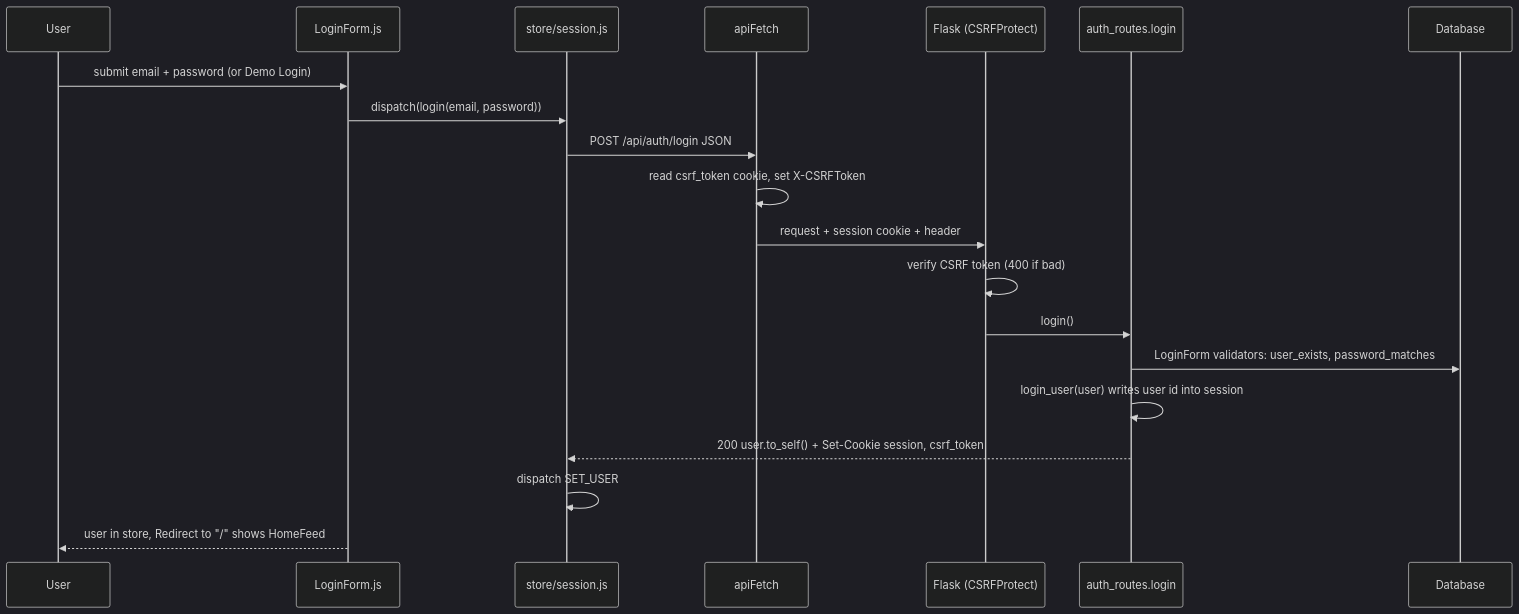
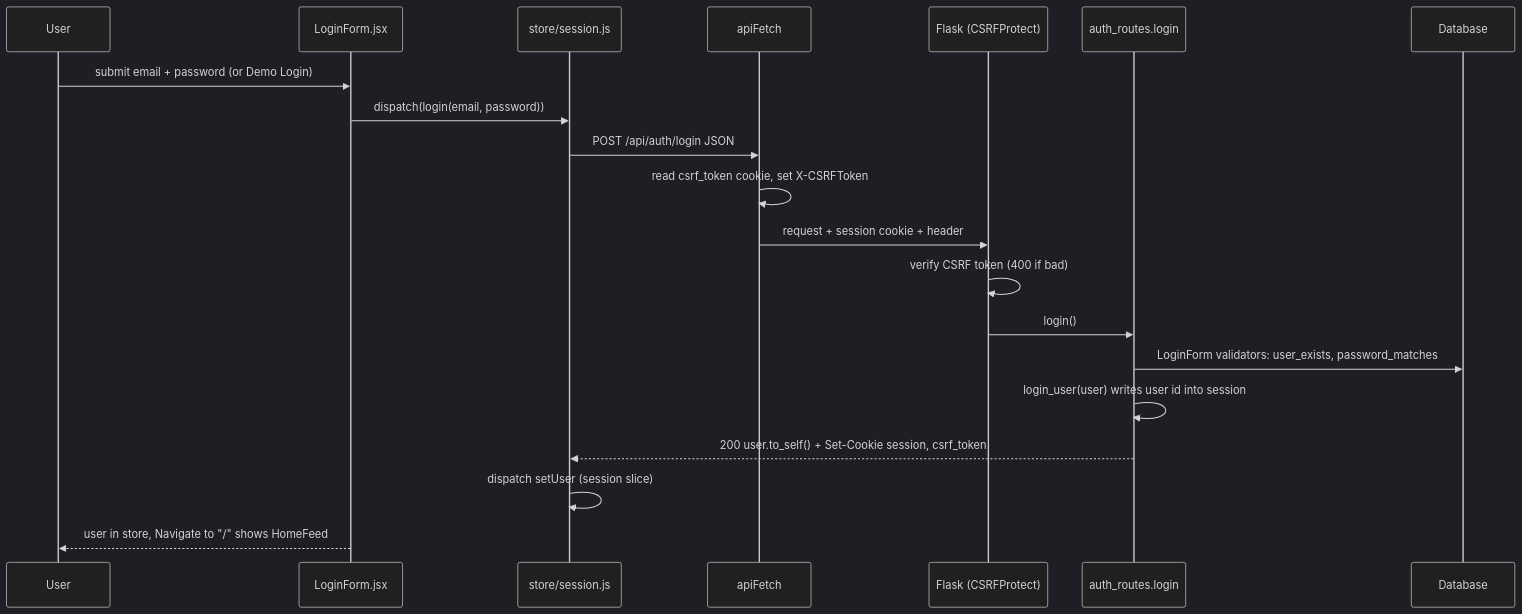
Before and after one commit to tyler-tor/PostPix: the third of 4 diagrams in docs/WALKTHROUGH.md, drawn with Mermaid (dark theme). The commit also changed other lines of this file, not shown here.

````diff
--- a/docs/WALKTHROUGH.md
+++ b/docs/WALKTHROUGH.md
@@ -530,22 +573,22 @@
 ```mermaid
 sequenceDiagram
     participant U as User
-    participant LF as LoginForm.js
+    participant LF as LoginForm.jsx
     participant S as store/session.js
     participant AF as apiFetch
     participant FL as Flask (CSRFProtect)
     participant AR as auth_routes.login
     participant DB as Database
     U->>LF: submit email + password (or Demo Login)
     LF->>S: dispatch(login(email, password))
     S->>AF: POST /api/auth/login JSON
     AF->>AF: read csrf_token cookie, set X-CSRFToken
     AF->>FL: request + session cookie + header
     FL->>FL: verify CSRF token (400 if bad)
     FL->>AR: login()
     AR->>DB: LoginForm validators: user_exists, password_matches
     AR->>AR: login_user(user) writes user id into session
     AR-->>S: 200 user.to_self() + Set-Cookie session, csrf_token
-    S->>S: dispatch SET_USER
-    LF-->>U: user in store, Redirect to "/" shows HomeFeed
+    S->>S: dispatch setUser (session slice)
+    LF-->>U: user in store, Navigate to "/" shows HomeFeed
 ```
````
